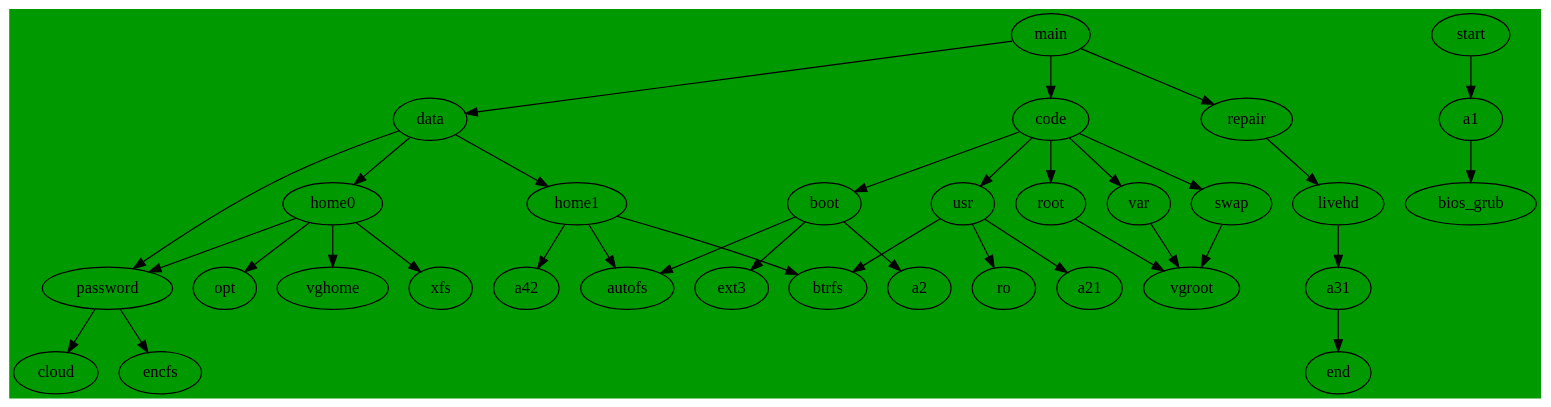
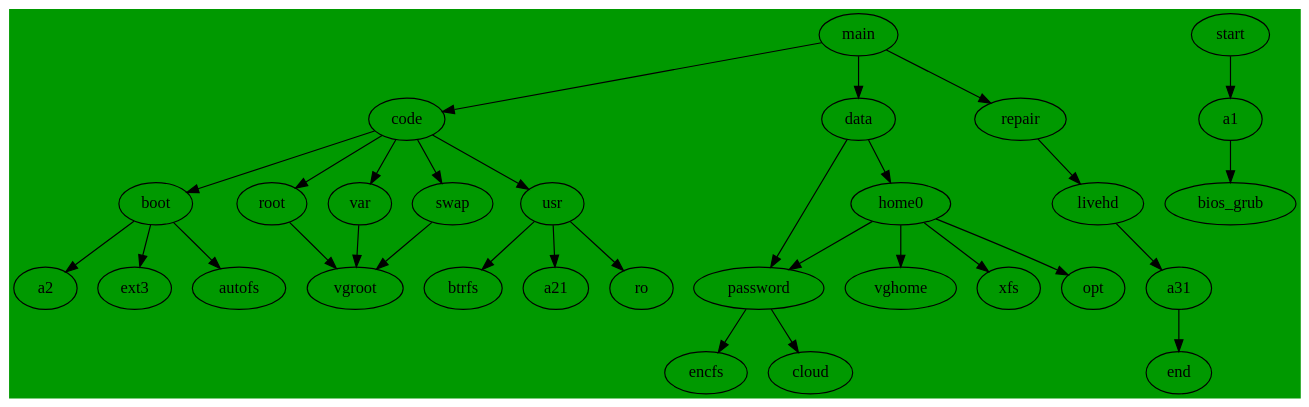
One commit to cdede/dotfiles changed the diagram in dot/.config/dupl/parted.dot. Above: the diagram before and after it, drawn with Graphviz.

Commit message:
home1 mv to home0

```diff
--- a/dot/.config/dupl/parted.dot
+++ b/dot/.config/dupl/parted.dot
@@ -1,43 +1,39 @@
 // dot -Tpng  parted.dot -o line1.png
 //  default ext4
 digraph G {
   bgcolor ="#009900";
   main->code;
   main->data;
   main->repair;
 
   start->a1;
   a1->bios_grub;
   a31->end;
 
   code->boot;
   code->root;
   code->var;
   code->swap;
   code->usr;
   root ->vgroot;
   var->vgroot;
   swap->vgroot;
   boot->a2;
   boot->ext3;
   boot->autofs;
   usr->btrfs;
   usr->a21;
   usr ->ro;
 
   repair->livehd;
   livehd->a31;
 
   data->home0;
-  data->home1;
   data->password;
-  home1->autofs;
-  home1->a42;
-  home1->btrfs;
   home0->vghome;
   home0->xfs;
   home0->password;
   home0->opt;
   password -> encfs;
   password -> cloud;
 }
```
